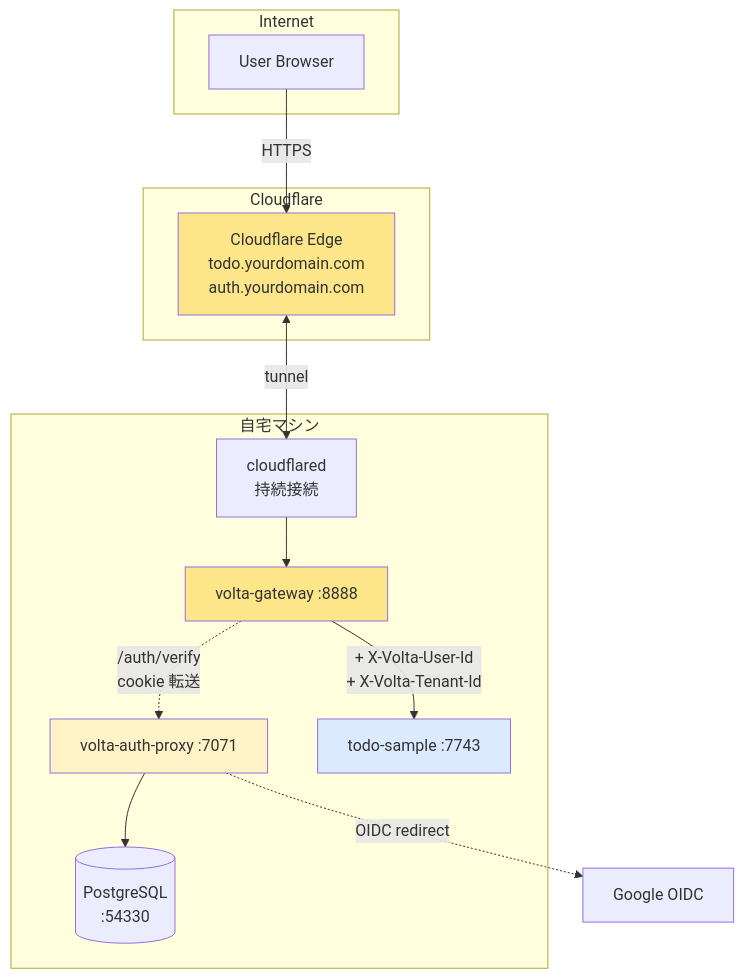
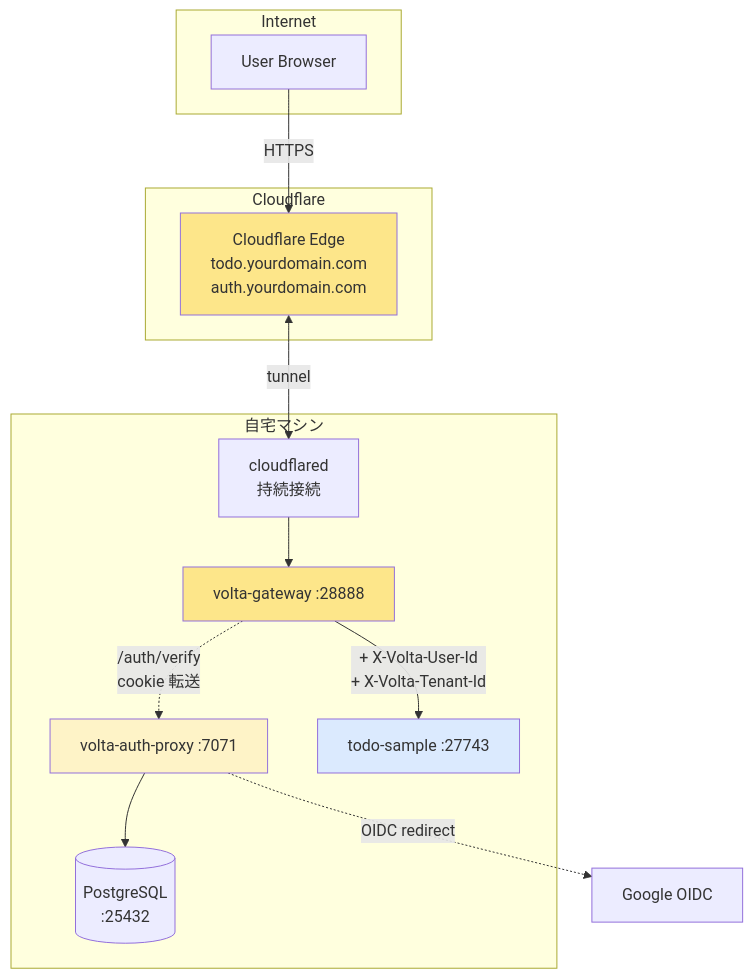
The second of 3 diagrams in 20-Part3はじめに.md (opaopa6969/auth-integration), drawn with Mermaid before and after one commit. The commit also changed other lines of this file and 23 other files, not shown here.

````diff
--- a/20-Part3はじめに.md
+++ b/20-Part3はじめに.md
@@ -57,30 +57,30 @@
 ```mermaid
 flowchart TB
     subgraph Internet
         U[User Browser]
     end
     subgraph Cloudflare
         CF[Cloudflare Edge<br/>todo.yourdomain.com<br/>auth.yourdomain.com]
     end
     subgraph 自宅マシン
         CFD[cloudflared<br/>持続接続]
-        GW[volta-gateway :8888]
+        GW[volta-gateway :28888]
         AP[volta-auth-proxy :7071]
-        APP[todo-sample :7743]
-        PG[(PostgreSQL<br/>:54330)]
+        APP[todo-sample :27743]
+        PG[(PostgreSQL<br/>:25432)]
     end
     G[Google OIDC]
 
     U -->|HTTPS| CF
     CF <-->|tunnel| CFD
     CFD --> GW
     GW -.->|/auth/verify<br/>cookie 転送| AP
     GW -->|+ X-Volta-User-Id<br/>+ X-Volta-Tenant-Id| APP
     AP --> PG
     AP -.->|OIDC redirect| G
 
     style CF fill:#fde68a
     style AP fill:#fef3c7
     style GW fill:#fde68a
     style APP fill:#dbeafe
 ```
````
